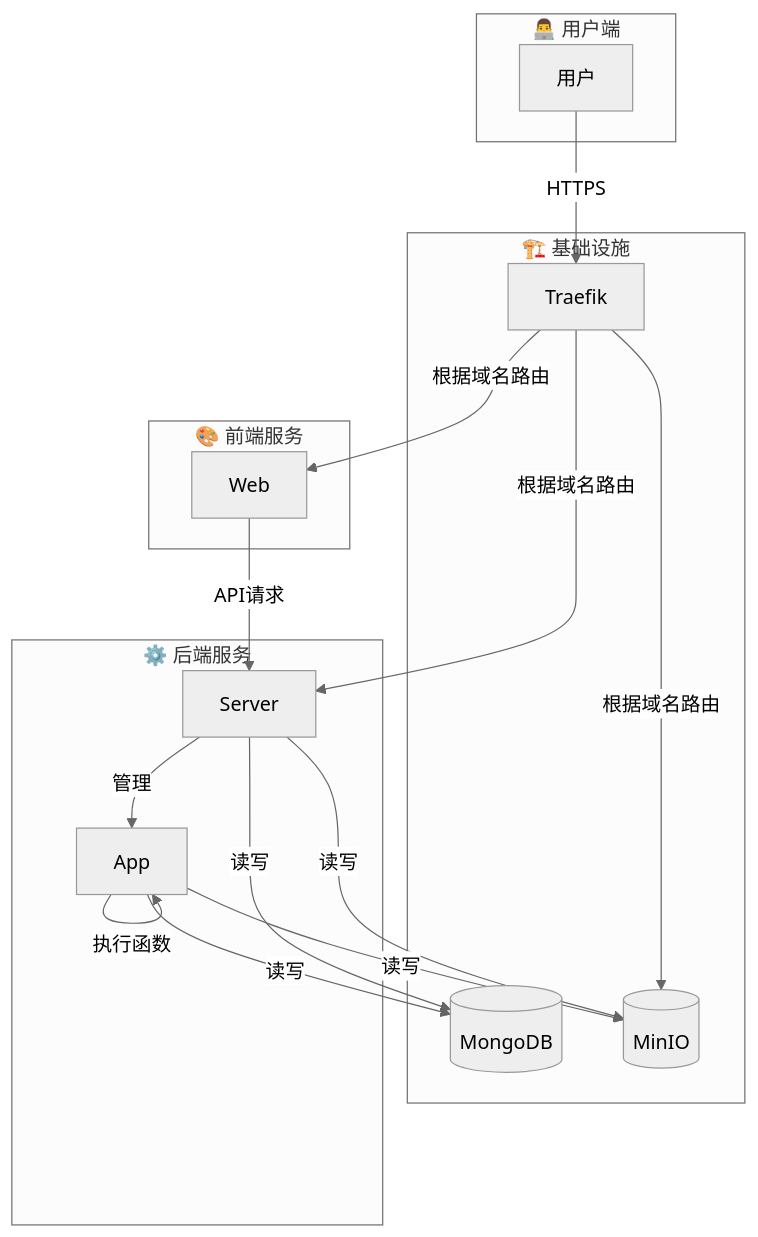
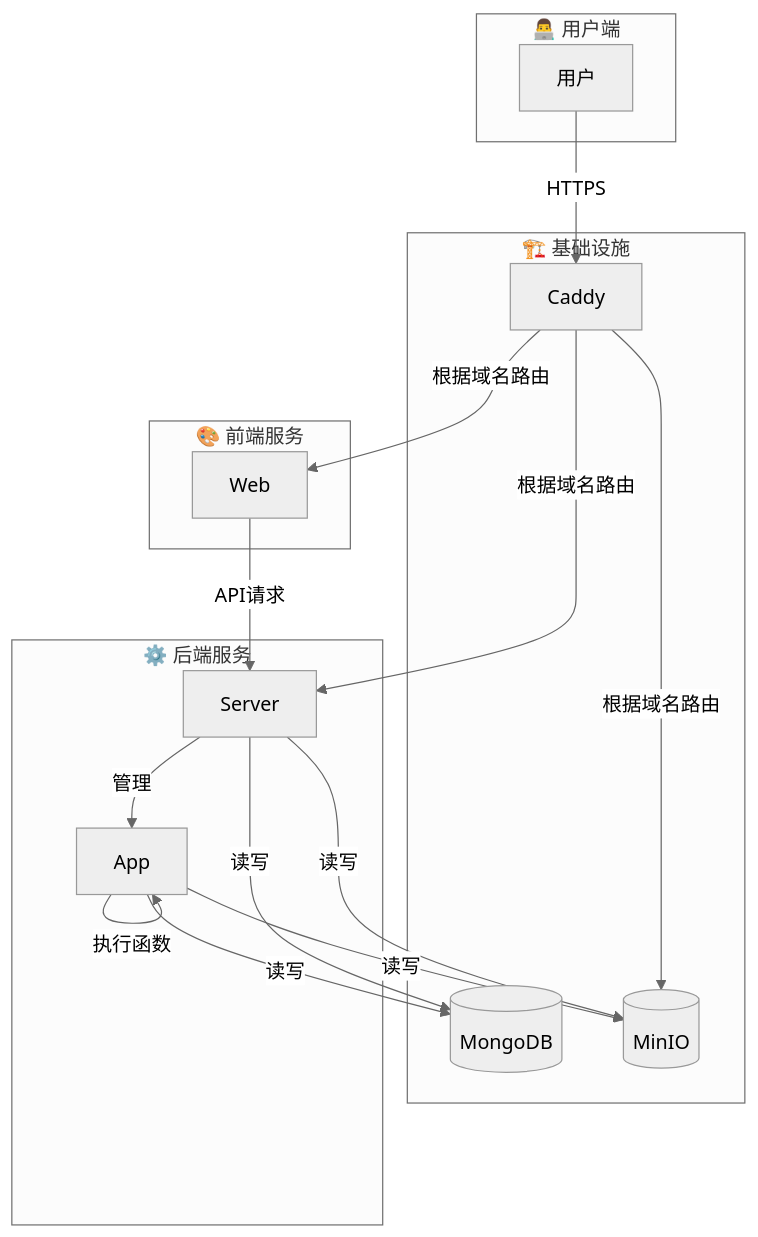
One commit to Pidbid/hyac changed the diagram in README.md. Above: the diagram before and after it, drawn with Mermaid (neutral theme). The commit also changed other lines of this file and 9 other files, not shown here.

````diff
--- a/README.md
+++ b/README.md
@@ -51,36 +51,36 @@
 ```mermaid
 graph TD
     subgraph "👨‍💻 用户端"
         U[用户]
     end
 
     subgraph "🏗️ 基础设施"
-        T[Traefik]
+        T[Caddy]
         DB[(MongoDB)]
         S[(MinIO)]
     end
 
     subgraph "⚙️ 后端服务"
         Server[Server]
         App[App]
     end
 
     subgraph "🎨 前端服务"
         Web[Web]
     end
 
     U -- HTTPS --> T
     T -- 根据域名路由 --> Server
     T -- 根据域名路由 --> Web
     T -- 根据域名路由 --> S
     
     Server -- 管理 --> App
     Server -- 读写 --> DB
     Server -- 读写 --> S
     
     App -- 执行函数 --> App
     App -- 读写 --> DB
     App -- 读写 --> S
 
     Web -- API请求 --> Server
 ```
````
